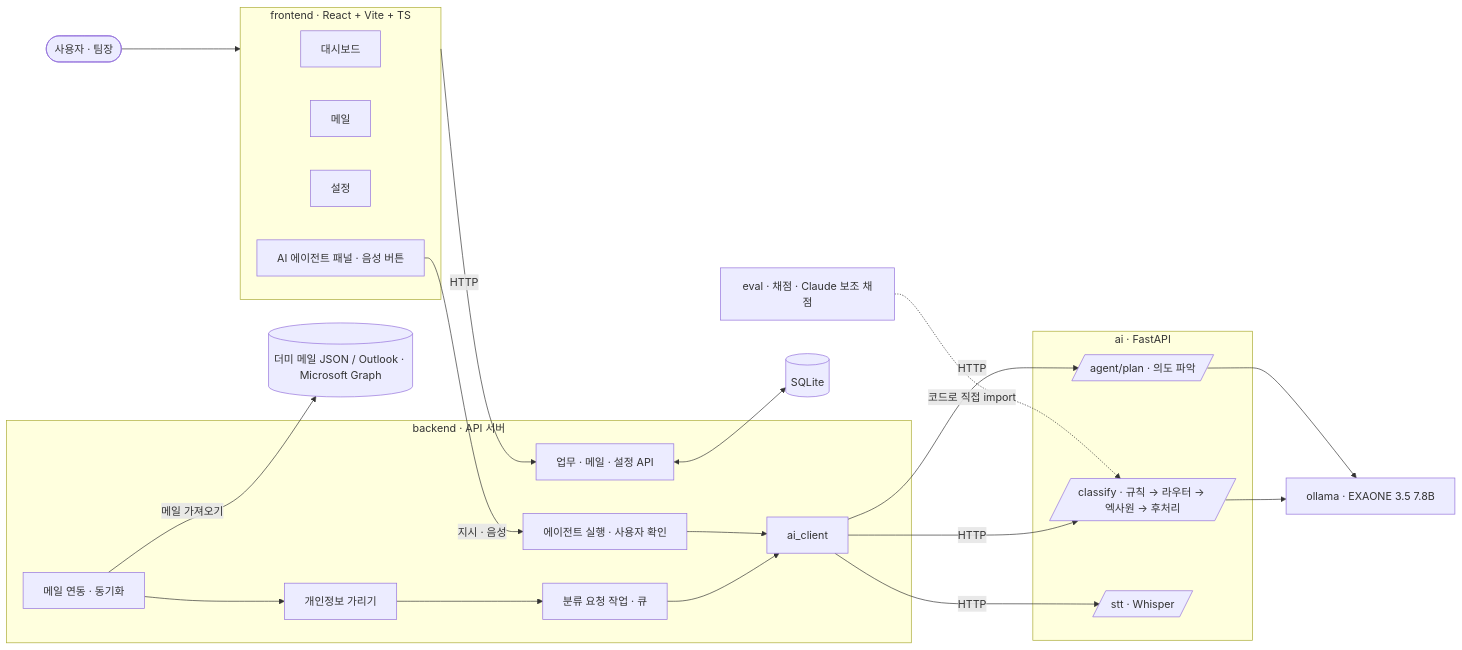
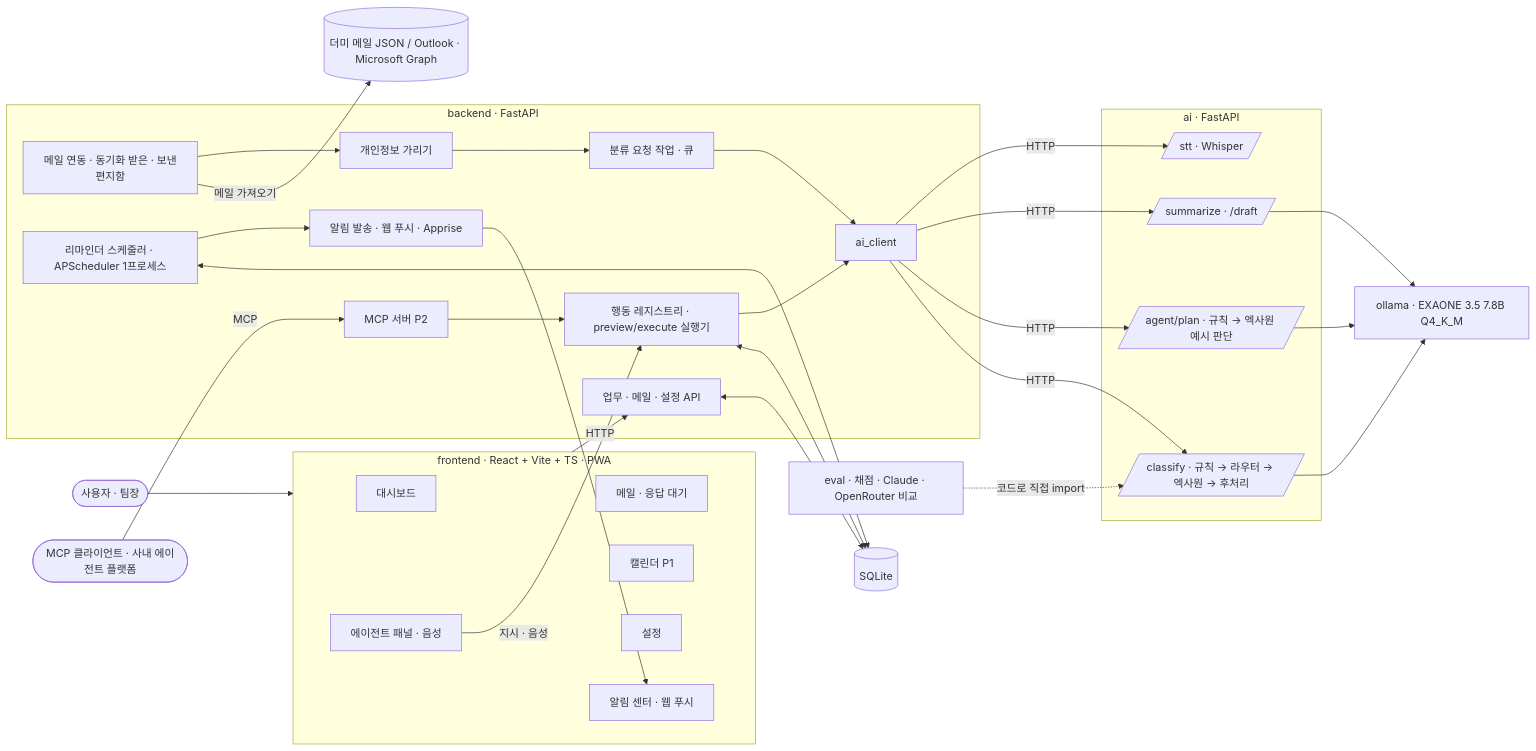
Before and after one commit to dlwodns/Teamproject_6: the first of 5 diagrams in docs/00_common/architecture.md, drawn with Mermaid. The commit also changed other lines of this file and 4 other files, not shown here.

Commit message:
docs: PL-1 PRD v3.1 · 구조도 v3.1 · handoff 갱신, 서비스 경로 외부 LLM 설정 제거

````diff
--- a/docs/00_common/architecture.md
+++ b/docs/00_common/architecture.md
@@ -24,41 +30,54 @@
 ```mermaid
 flowchart LR
   U([사용자 · 팀장])
-  subgraph FE[frontend · React + Vite + TS]
+  MC([MCP 클라이언트 · 사내 에이전트 플랫폼])
+  subgraph FE[frontend · React + Vite + TS · PWA]
     F1[대시보드]
-    F2[메일]
-    F3[설정]
-    F4[AI 에이전트 패널 · 음성 버튼]
+    F2[메일 · 응답 대기]
+    F3[캘린더 P1]
+    F4[설정]
+    F5[에이전트 패널 · 음성]
+    F6[알림 센터 · 웹 푸시]
   end
-  subgraph BE[backend · API 서버]
+  subgraph BE[backend · FastAPI]
     B1[업무 · 메일 · 설정 API]
-    B2[메일 연동 · 동기화]
+    B2[메일 연동 · 동기화 받은 · 보낸편지함]
     B3[개인정보 가리기]
     B4[분류 요청 작업 · 큐]
-    B5[에이전트 실행 · 사용자 확인]
+    B5[행동 레지스트리 · preview/execute 실행기]
+    B7[리마인더 스케줄러 · APScheduler 1프로세스]
+    B8[알림 발송 · 웹 푸시 · Apprise]
+    B9[MCP 서버 P2]
     B6[ai_client]
   end
   DB[(SQLite)]
   subgraph AI[ai · FastAPI]
     A1[/classify · 규칙 → 라우터 → 엑사원 → 후처리/]
-    A2[/agent/plan · 의도 파악/]
+    A2[/agent/plan · 규칙 → 엑사원 예시 판단/]
+    A4[/summarize · /draft/]
     A3[/stt · Whisper/]
   end
-  OL[ollama · EXAONE 3.5 7.8B]
+  OL[ollama · EXAONE 3.5 7.8B Q4_K_M]
   MAIL[(더미 메일 JSON / Outlook · Microsoft Graph)]
-  EVAL[eval · 채점 · Claude 보조 채점]
+  EVAL[eval · 채점 · Claude · OpenRouter 비교]
 
   U --> FE
   FE -- HTTP --> B1
-  F4 -- 지시 · 음성 --> B5
+  F5 -- 지시 · 음성 --> B5
+  MC -- MCP --> B9 --> B5
   B1 <--> DB
+  B5 <--> DB
+  B7 <--> DB
+  B7 --> B8 --> F6
   B2 -- 메일 가져오기 --> MAIL
   B2 --> B3 --> B4 --> B6
   B5 --> B6
   B6 -- HTTP --> A1
   B6 -- HTTP --> A2
+  B6 -- HTTP --> A4
   B6 -- HTTP --> A3
   A1 --> OL
   A2 --> OL
+  A4 --> OL
   EVAL -. 코드로 직접 import .-> A1
 ```
````
